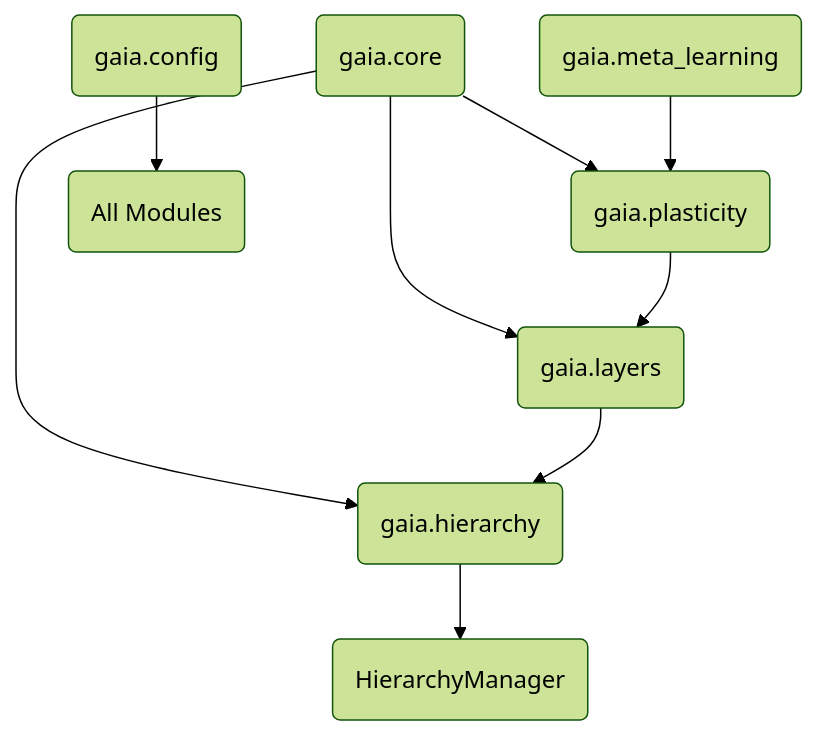
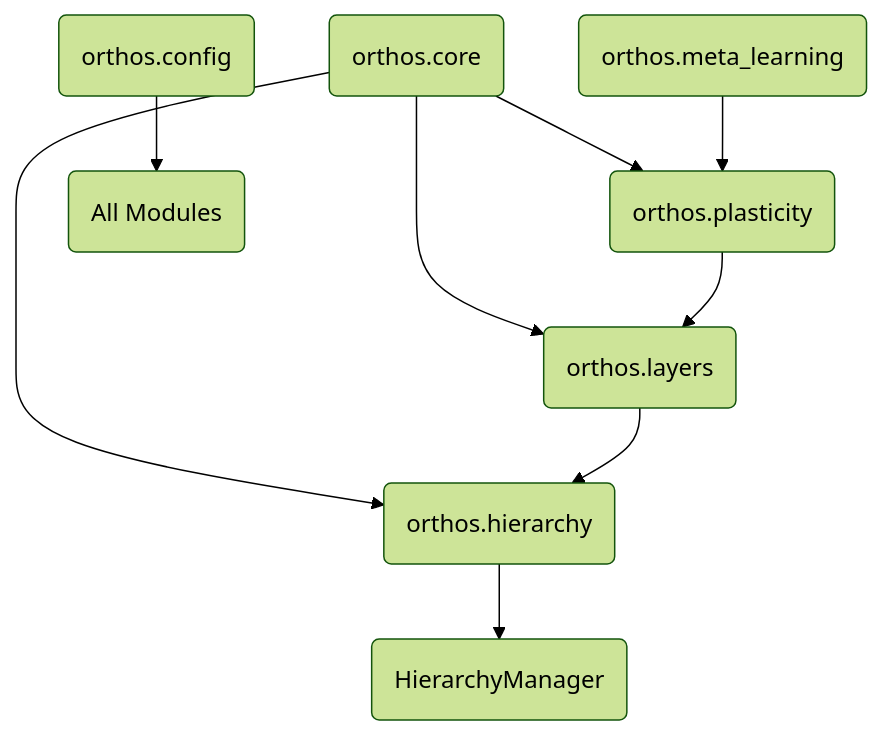
The diagram in .agent/docs/system-architecture.md (kelaci/orthos), drawn with Mermaid (forest theme) before and after one commit. The commit also changed other lines of this file and 117 other files, not shown here.

Commit message:
Major Rebrand: GAIA to ORTHOS v5.0.0. Comprehensive rename of package, files, and update of all documentation and configurations.

````diff
--- a/.agent/docs/system-architecture.md
+++ b/.agent/docs/system-architecture.md
@@ -7,14 +7,14 @@
 ```mermaid
 graph TD
-    CORE(gaia.core) --> LAYERS(gaia.layers)
-    CORE --> HIERARCHY(gaia.hierarchy)
-    CORE --> PLASTICITY(gaia.plasticity)
+    CORE(orthos.core) --> LAYERS(orthos.layers)
+    CORE --> HIERARCHY(orthos.hierarchy)
+    CORE --> PLASTICITY(orthos.plasticity)
     
     LAYERS --> HIERARCHY
     PLASTICITY --> LAYERS
     
-    META(gaia.meta_learning) --> PLASTICITY
+    META(orthos.meta_learning) --> PLASTICITY
     HIERARCHY --> MANAGER(HierarchyManager)
     
-    CONFIG(gaia.config) --> ALL(All Modules)
+    CONFIG(orthos.config) --> ALL(All Modules)
 ```
````
